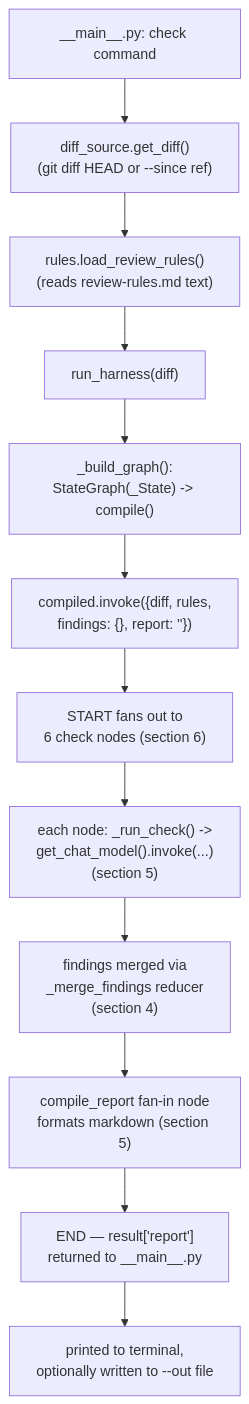
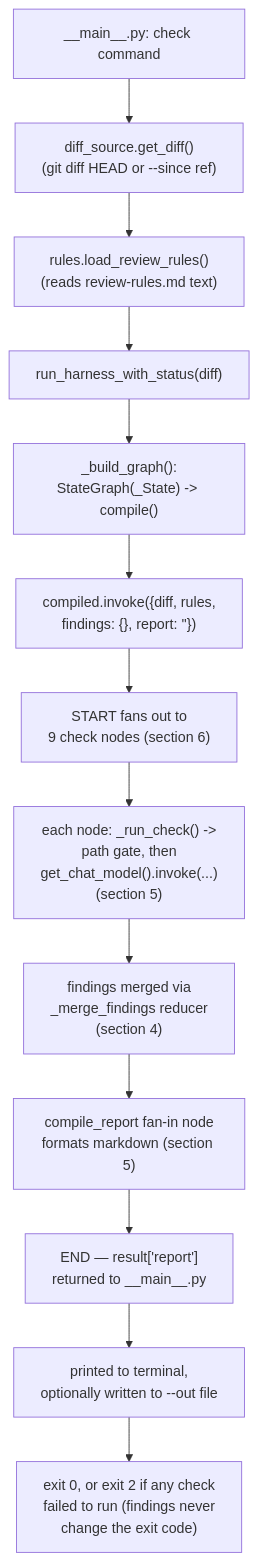
Before and after one commit to surajkoditala/humaid-risk-governance: the sixth of 6 diagrams in docs/architecture/dev-harness-technical.md, drawn with Mermaid. The commit also changed other lines of this file and 4 other files, not shown here.

````diff
--- a/docs/architecture/dev-harness-technical.md
+++ b/docs/architecture/dev-harness-technical.md
@@ -271,14 +316,15 @@
 ```mermaid
 flowchart TB
     A["__main__.py: check command"] --> B["diff_source.get_diff()<br/>(git diff HEAD or --since ref)"]
     B --> C["rules.load_review_rules()<br/>(reads review-rules.md text)"]
-    C --> D["run_harness(diff)"]
+    C --> D["run_harness_with_status(diff)"]
     D --> E["_build_graph():<br/>StateGraph(_State) -> compile()"]
     E --> F["compiled.invoke({diff, rules,<br/>findings: {}, report: ''})"]
-    F --> G["START fans out to<br/>6 check nodes (section 6)"]
-    G --> H["each node: _run_check() -><br/>get_chat_model().invoke(...)<br/>(section 5)"]
+    F --> G["START fans out to<br/>9 check nodes (section 6)"]
+    G --> H["each node: _run_check() -><br/>path gate, then<br/>get_chat_model().invoke(...)<br/>(section 5)"]
     H --> I["findings merged via<br/>_merge_findings reducer<br/>(section 4)"]
     I --> J["compile_report fan-in node<br/>formats markdown (section 5)"]
     J --> K["END — result['report']<br/>returned to __main__.py"]
     K --> L["printed to terminal,<br/>optionally written to --out file"]
+    L --> M["exit 0, or exit 2 if any check<br/>failed to run (findings never<br/>change the exit code)"]
 ```
````
